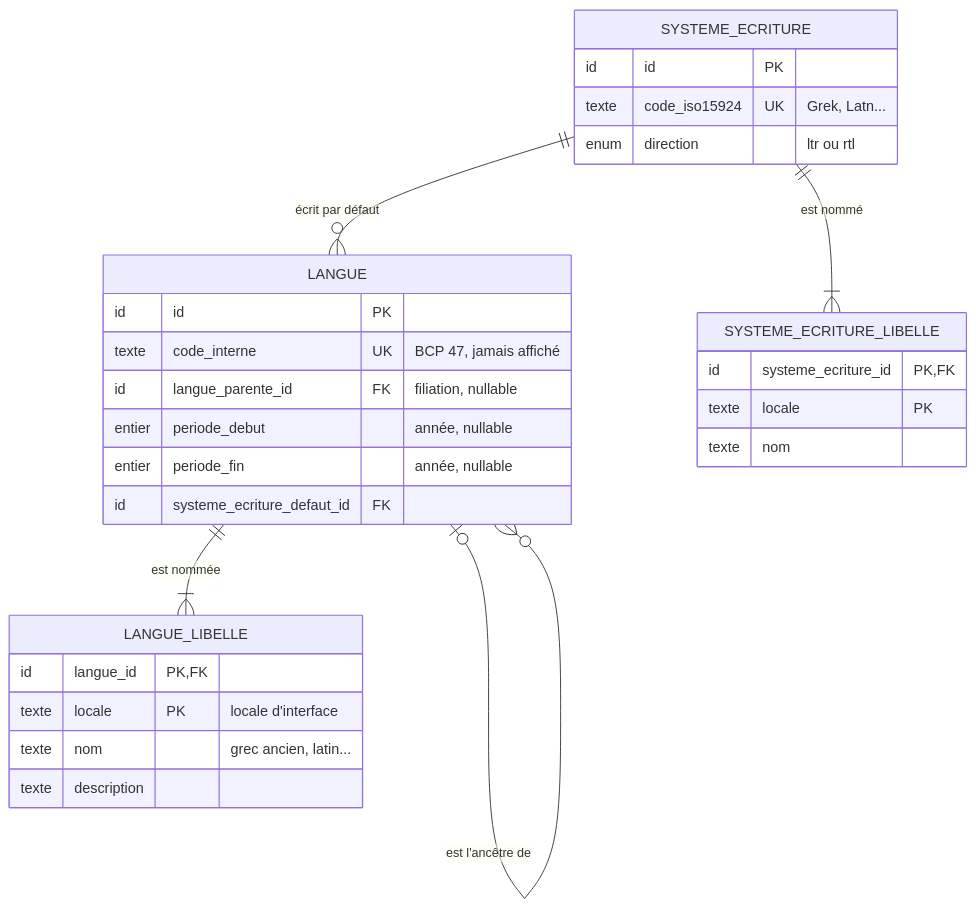
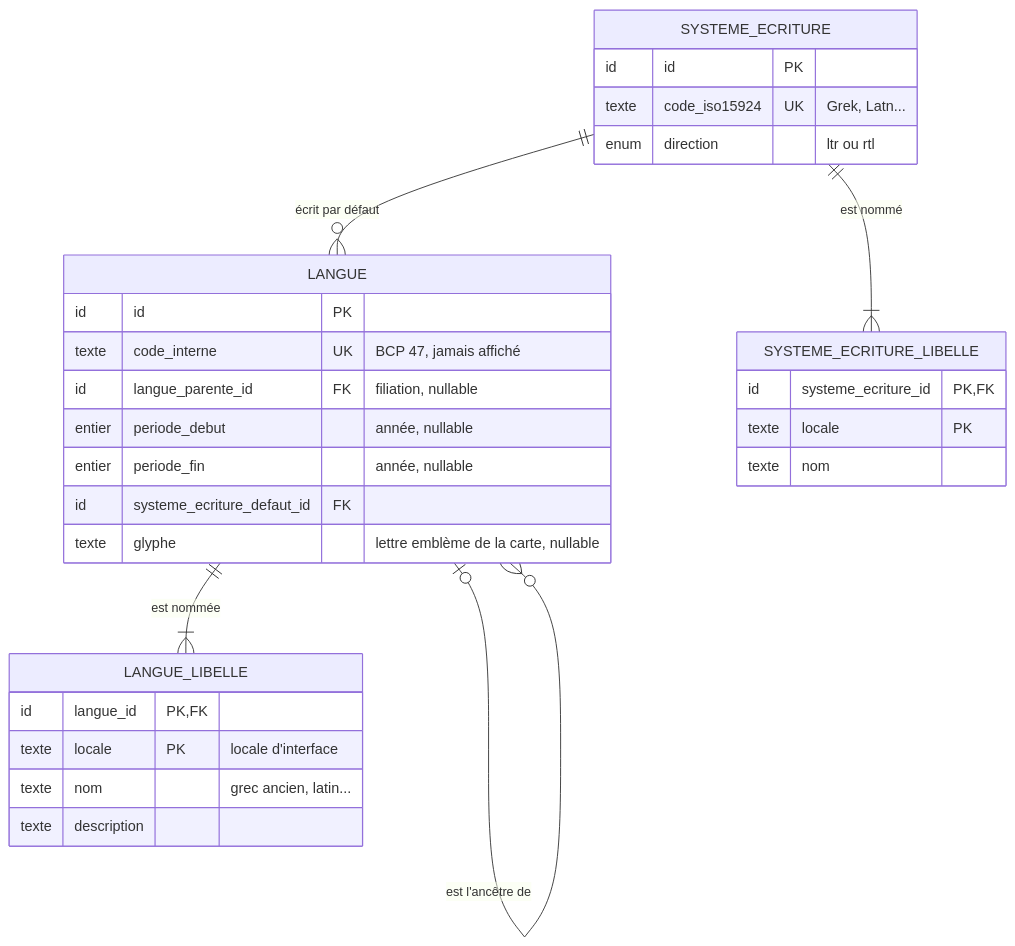
Before and after one commit to EtymoLogique/Design: the second of 8 diagrams in docs/modele-donnees.md, drawn with Mermaid. The commit also changed other lines of this file and 18 other files, not shown here.

````diff
--- a/docs/modele-donnees.md
+++ b/docs/modele-donnees.md
@@ -45,32 +45,33 @@
 ```mermaid
 erDiagram
     LANGUE |o--o{ LANGUE : "est l'ancêtre de"
     LANGUE ||--|{ LANGUE_LIBELLE : "est nommée"
     SYSTEME_ECRITURE ||--o{ LANGUE : "écrit par défaut"
     SYSTEME_ECRITURE ||--|{ SYSTEME_ECRITURE_LIBELLE : "est nommé"
 
     LANGUE {
         id id PK
         texte code_interne UK "BCP 47, jamais affiché"
         id langue_parente_id FK "filiation, nullable"
         entier periode_debut "année, nullable"
         entier periode_fin "année, nullable"
         id systeme_ecriture_defaut_id FK
+        texte glyphe "lettre emblème de la carte, nullable"
     }
     LANGUE_LIBELLE {
         id langue_id PK, FK
         texte locale PK "locale d'interface"
         texte nom "grec ancien, latin..."
         texte description
     }
     SYSTEME_ECRITURE {
         id id PK
         texte code_iso15924 UK "Grek, Latn..."
         enum direction "ltr ou rtl"
     }
     SYSTEME_ECRITURE_LIBELLE {
         id systeme_ecriture_id PK, FK
         texte locale PK
         texte nom
     }
 ```
````
